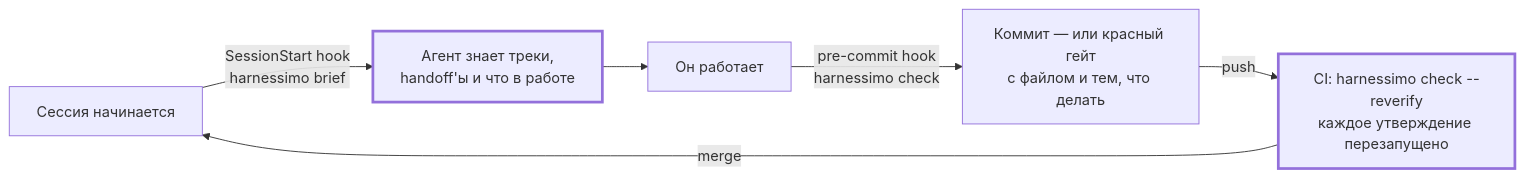
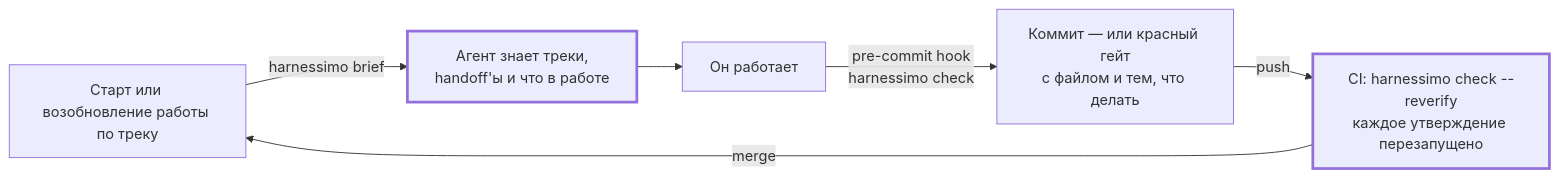
The second of 2 diagrams in docs/WHY.ru.md (atamaniuc/Harnessimo), drawn with Mermaid before and after one commit. The commit also changed other lines of this file and 33 other files, not shown here.

````diff
--- a/docs/WHY.ru.md
+++ b/docs/WHY.ru.md
@@ -42,11 +42,11 @@
 ```mermaid
 flowchart LR
-    S["Сессия начинается"] -->|"SessionStart hook<br/>harnessimo brief"| A["Агент знает треки,<br/>handoff'ы и что в работе"]
+    S["Старт или возобновление работы по треку"] -->|"harnessimo brief"| A["Агент знает треки,<br/>handoff'ы и что в работе"]
     A --> W["Он работает"]
     W -->|"pre-commit hook<br/>harnessimo check"| C["Коммит — или красный гейт<br/>с файлом и тем, что делать"]
     C -->|"push"| CI["CI: harnessimo check --reverify<br/>каждое утверждение перезапущено"]
     CI -->|"merge"| S
 
     style A stroke-width:3px
     style CI stroke-width:3px
 ```
````
